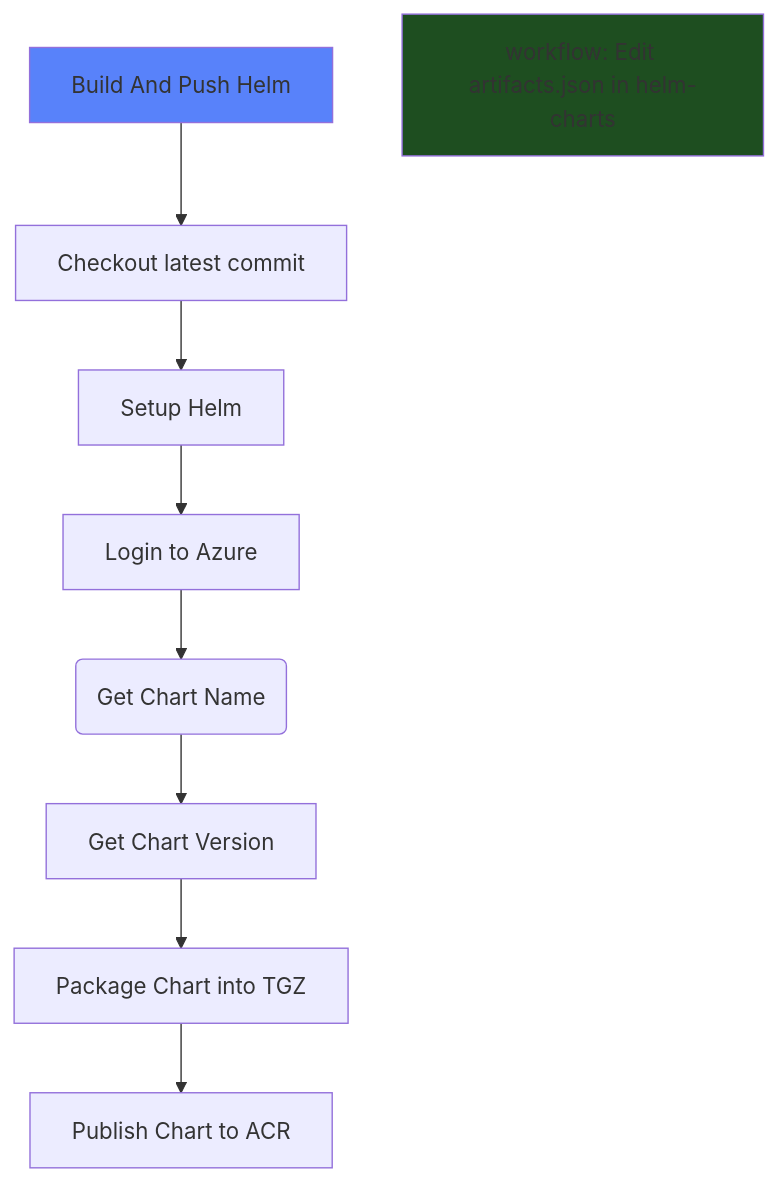
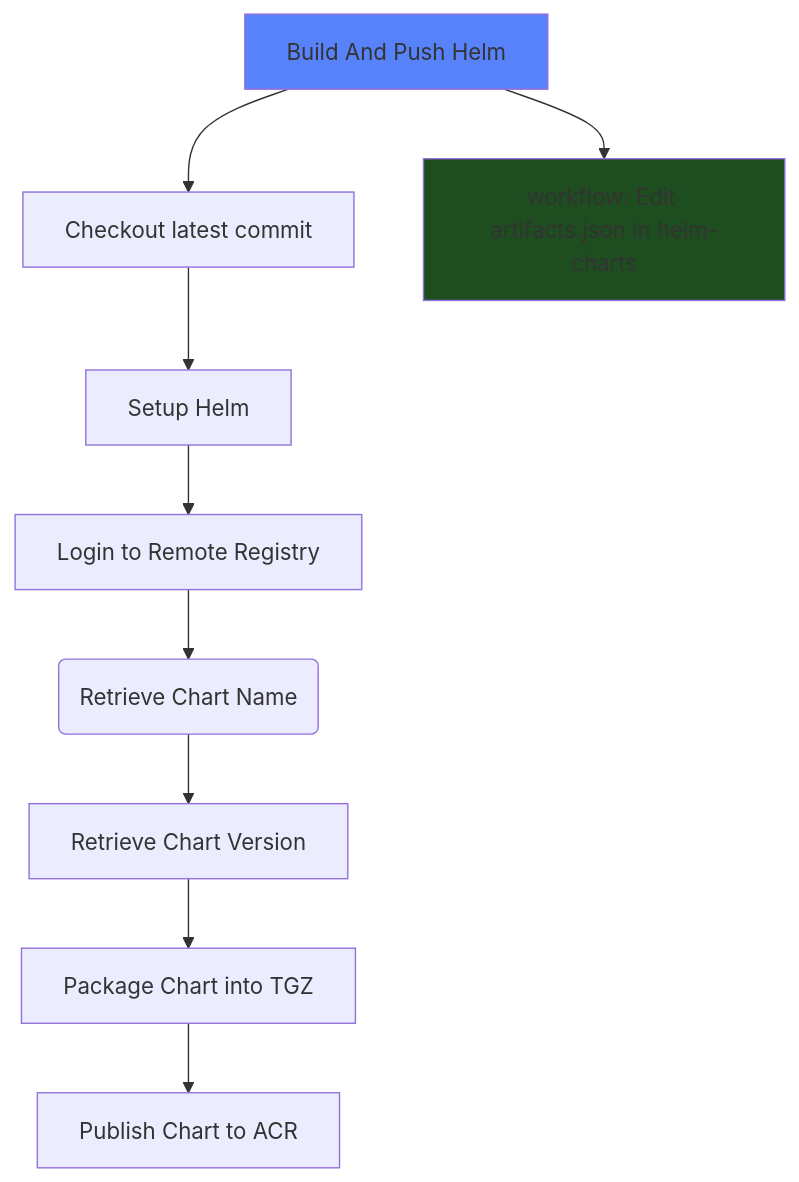
Before and after one commit to MapColonies/shared-workflows: the second of 5 diagrams in README.md, drawn with Mermaid.

Commit message:
docs: added arrows to related workflows

````diff
--- a/README.md
+++ b/README.md
@@ -38,13 +38,13 @@
 ```mermaid
 flowchart TD
     classDef head fill:#5882FA
     classDef workflow fill:#1E4E20
     A[Build And Push Helm]:::head --> B[Checkout latest commit]
     B --> C[Setup Helm]
-    C --> D[Login to Azure]
-    D --> E(Get Chart Name)
-    E --> F[Get Chart Version]
+    C --> D[Login to Remote Registry]
+    D --> E(Retrieve Chart Name)
+    E --> F[Retrieve Chart Version]
     F --> G[Package Chart into TGZ]
     G --> H[Publish Chart to ACR]
-    I[workflow: Edit artifacts.json in helm-charts]:::workflow
+    A --> I[workflow: Edit artifacts.json in helm-charts]:::workflow
 ```
````
